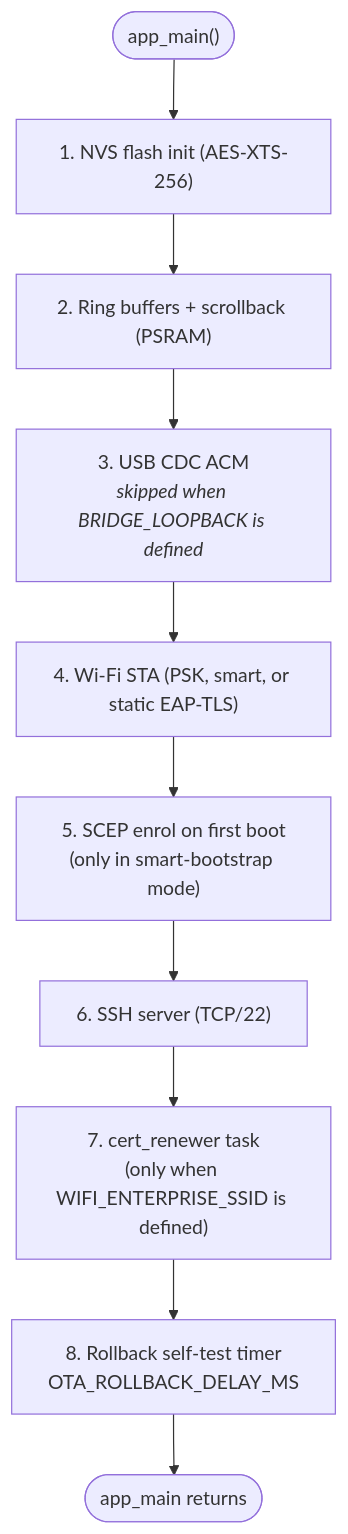
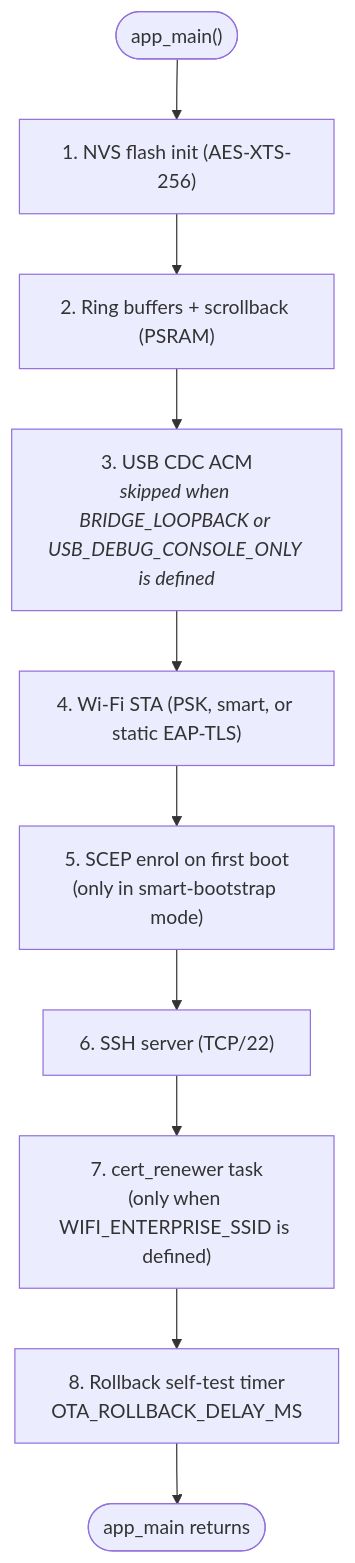
Before and after one commit to alxrxs/esp-tty: the diagram in main/README.md, drawn with Mermaid. The commit also changed other lines of this file and 11 other files, not shown here.

````diff
--- a/main/README.md
+++ b/main/README.md
@@ -45,15 +45,15 @@
 ```mermaid
 flowchart TB
     start(["app_main()"])
     nvs["1. NVS flash init (AES-XTS-256)"]
     rings["2. Ring buffers + scrollback (PSRAM)"]
-    usb["3. USB CDC ACM<br/><i>skipped when BRIDGE_LOOPBACK is defined</i>"]
+    usb["3. USB CDC ACM<br/><i>skipped when BRIDGE_LOOPBACK or USB_DEBUG_CONSOLE_ONLY is defined</i>"]
     wifi["4. Wi-Fi STA (PSK, smart, or static EAP-TLS)"]
     scep["5. SCEP enrol on first boot<br/>(only in smart-bootstrap mode)"]
     ssh["6. SSH server (TCP/22)"]
     renew["7. cert_renewer task<br/>(only when WIFI_ENTERPRISE_SSID is defined)"]
     rollback["8. Rollback self-test timer<br/>OTA_ROLLBACK_DELAY_MS"]
     done(["app_main returns"])
 
     start --> nvs --> rings --> usb --> wifi --> scep --> ssh --> renew --> rollback --> done
 ```
````
